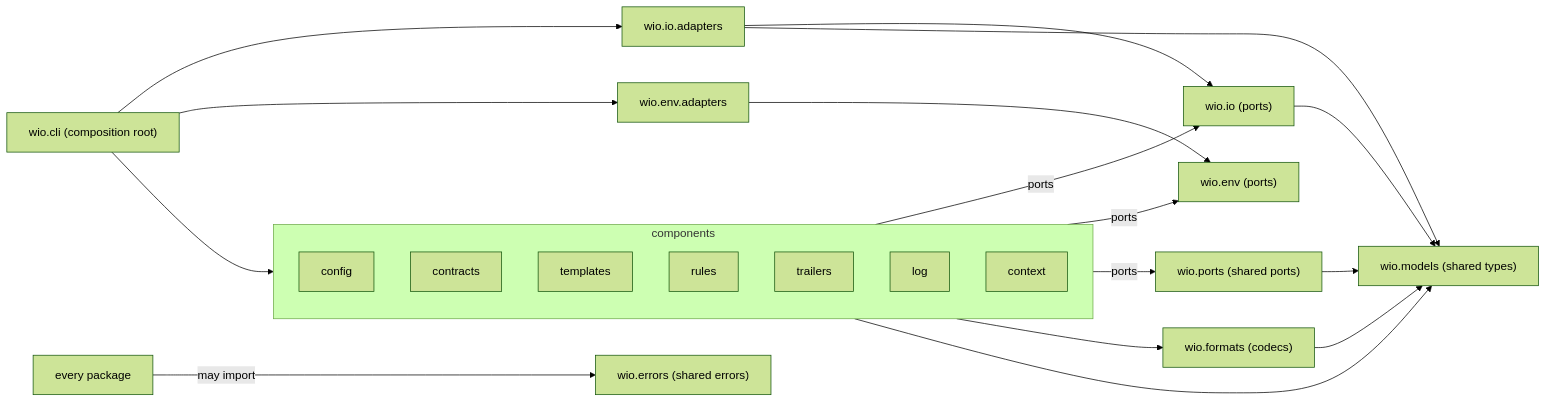
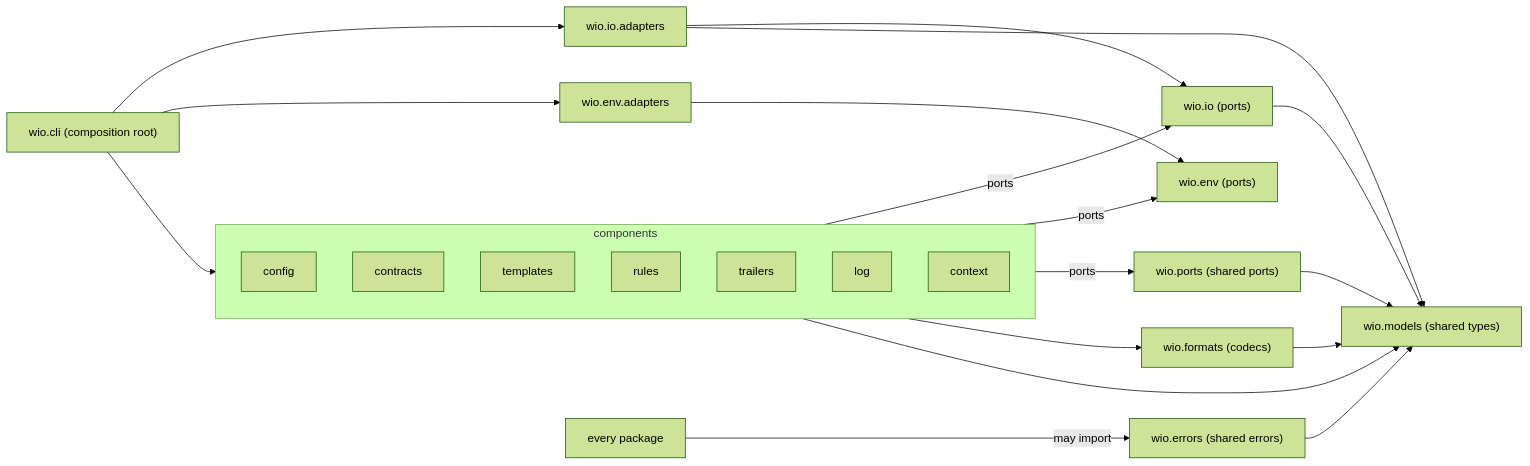
The diagram in src/wio/README.md (msitarz/wio), drawn with Mermaid (forest theme) before and after one commit. The commit also changed other lines of this file and 2 other files, not shown here.

First line of the commit message:
refactor: let wio.errors depend on wio.models (#80)

````diff
--- a/src/wio/README.md
+++ b/src/wio/README.md
@@ -39,37 +41,38 @@
 ```mermaid
 flowchart LR
     cli["wio.cli (composition root)"]
     subgraph components
         config
         contracts
         templates
         rules
         trailers
         log
         context
     end
     ioadapters["wio.io.adapters"]
     io["wio.io (ports)"]
     envadapters["wio.env.adapters"]
     env["wio.env (ports)"]
     sharedports["wio.ports (shared ports)"]
     formats["wio.formats (codecs)"]
     models["wio.models (shared types)"]
     errors["wio.errors (shared errors)"]
     every["every package"]
     every -- "may import" --> errors
+    errors --> models
     cli --> components
     cli --> ioadapters
     cli --> envadapters
     ioadapters --> io
     ioadapters --> models
     envadapters --> env
     components -- "ports" --> io
     components -- "ports" --> env
     components -- "ports" --> sharedports
     components --> formats
     components --> models
     formats --> models
     io --> models
     sharedports --> models
 ```
````
